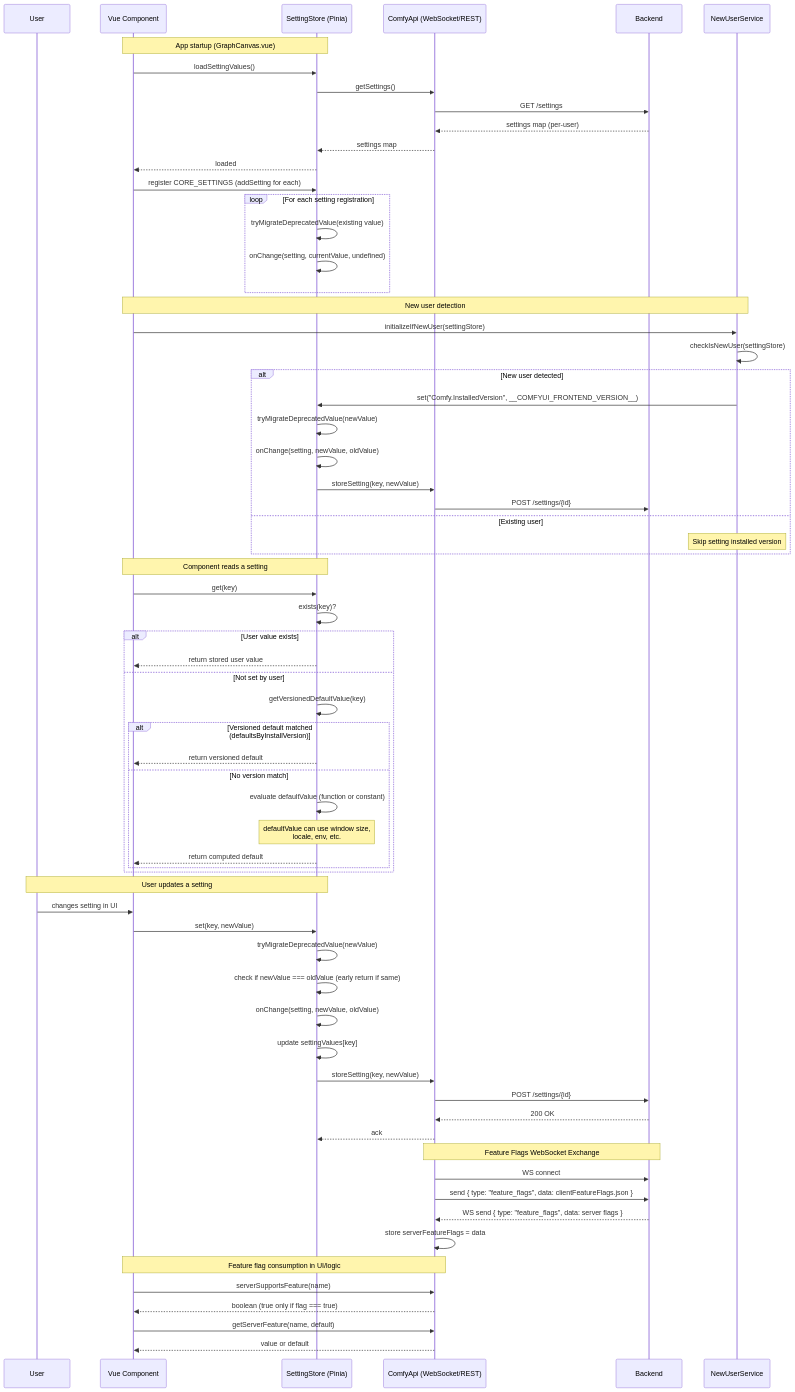
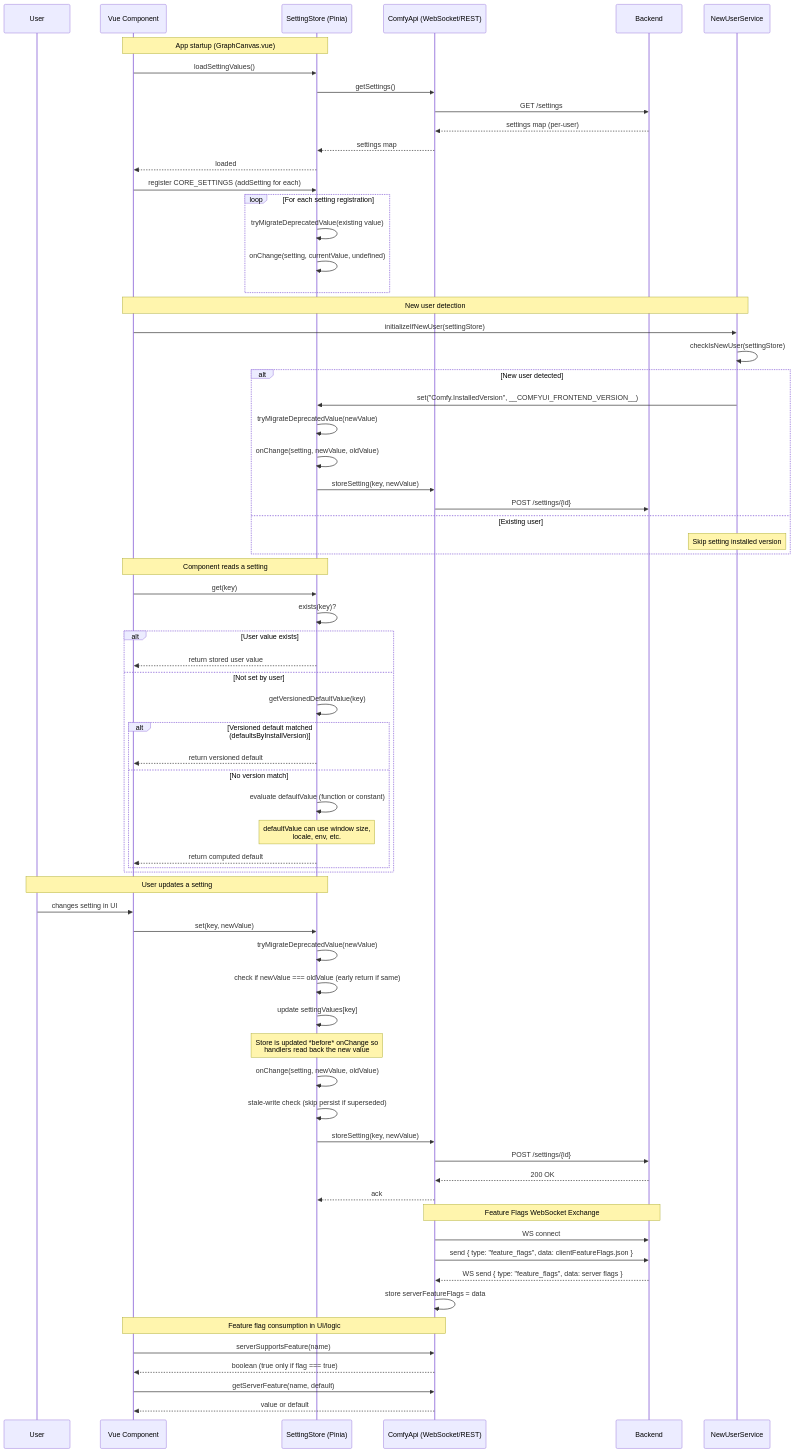
One commit to Comfy-Org/ComfyUI_frontend changed the diagram in docs/SETTINGS_SEQUENCE_DIAGRAM.md. Above: the diagram before and after it, drawn with Mermaid. The commit also changed 13 other files, not shown here.

````diff
--- a/docs/SETTINGS_SEQUENCE_DIAGRAM.md
+++ b/docs/SETTINGS_SEQUENCE_DIAGRAM.md
@@ -7,76 +7,78 @@
 ```mermaid
 sequenceDiagram
     participant User as User
     participant Vue as Vue Component
     participant Store as SettingStore (Pinia)
     participant API as ComfyApi (WebSocket/REST)
     participant Backend as Backend
     participant NewUserSvc as NewUserService
 
     Note over Vue,Store: App startup (GraphCanvas.vue)
     Vue->>Store: loadSettingValues()
     Store->>API: getSettings()
     API->>Backend: GET /settings
     Backend-->>API: settings map (per-user)
     API-->>Store: settings map
     Store-->>Vue: loaded
 
     Vue->>Store: register CORE_SETTINGS (addSetting for each)
     loop For each setting registration
       Store->>Store: tryMigrateDeprecatedValue(existing value)
       Store->>Store: onChange(setting, currentValue, undefined)
     end
 
     Note over Vue,NewUserSvc: New user detection
     Vue->>NewUserSvc: initializeIfNewUser(settingStore)
     NewUserSvc->>NewUserSvc: checkIsNewUser(settingStore)
     alt New user detected
       NewUserSvc->>Store: set("Comfy.InstalledVersion", __COMFYUI_FRONTEND_VERSION__)
       Store->>Store: tryMigrateDeprecatedValue(newValue)
       Store->>Store: onChange(setting, newValue, oldValue)
       Store->>API: storeSetting(key, newValue)
       API->>Backend: POST /settings/{id}
     else Existing user
       Note over NewUserSvc: Skip setting installed version
     end
 
     Note over Vue,Store: Component reads a setting
     Vue->>Store: get(key)
     Store->>Store: exists(key)?
     alt User value exists
       Store-->>Vue: return stored user value
     else Not set by user
       Store->>Store: getVersionedDefaultValue(key)
       alt Versioned default matched (defaultsByInstallVersion)
         Store-->>Vue: return versioned default
       else No version match
         Store->>Store: evaluate defaultValue (function or constant)
         Note over Store: defaultValue can use window size,<br/>locale, env, etc.
         Store-->>Vue: return computed default
       end
     end
 
     Note over User,Store: User updates a setting
     User->>Vue: changes setting in UI
     Vue->>Store: set(key, newValue)
     Store->>Store: tryMigrateDeprecatedValue(newValue)
     Store->>Store: check if newValue === oldValue (early return if same)
+    Store->>Store: update settingValues[key]
+    Note over Store: Store is updated *before* onChange so<br/>handlers read back the new value
     Store->>Store: onChange(setting, newValue, oldValue)
-    Store->>Store: update settingValues[key]
+    Store->>Store: stale-write check (skip persist if superseded)
     Store->>API: storeSetting(key, newValue)
     API->>Backend: POST /settings/{id}
     Backend-->>API: 200 OK
     API-->>Store: ack
 
     Note over API,Backend: Feature Flags WebSocket Exchange
     API->>Backend: WS connect
     API->>Backend: send { type: "feature_flags", data: clientFeatureFlags.json }
     Backend-->>API: WS send { type: "feature_flags", data: server flags }
     API->>API: store serverFeatureFlags = data
 
     Note over Vue,API: Feature flag consumption in UI/logic
     Vue->>API: serverSupportsFeature(name)
     API-->>Vue: boolean (true only if flag === true)
     Vue->>API: getServerFeature(name, default)
     API-->>Vue: value or default
 ```
````
